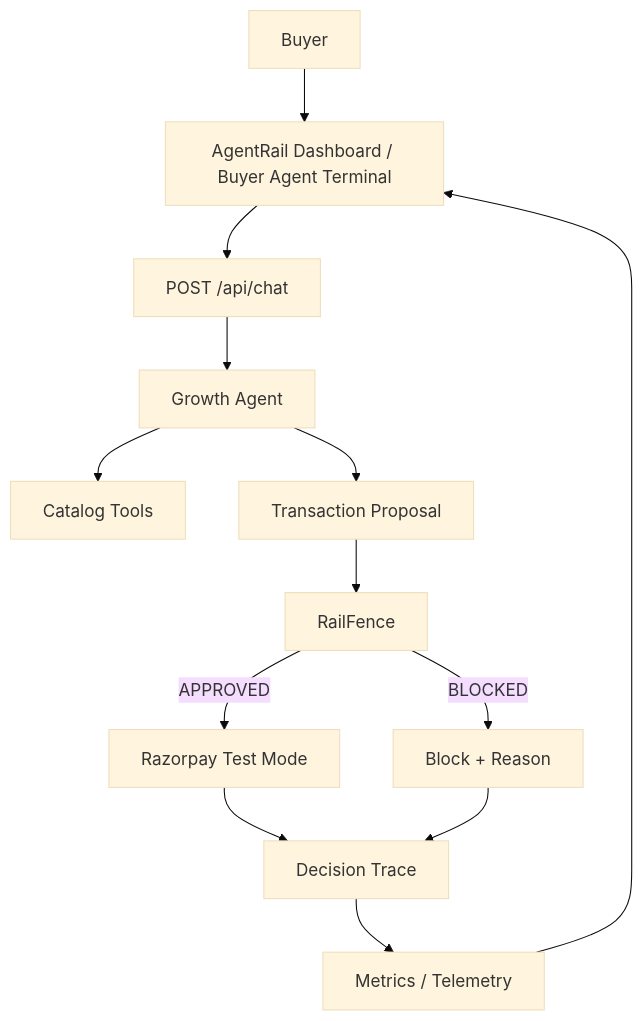
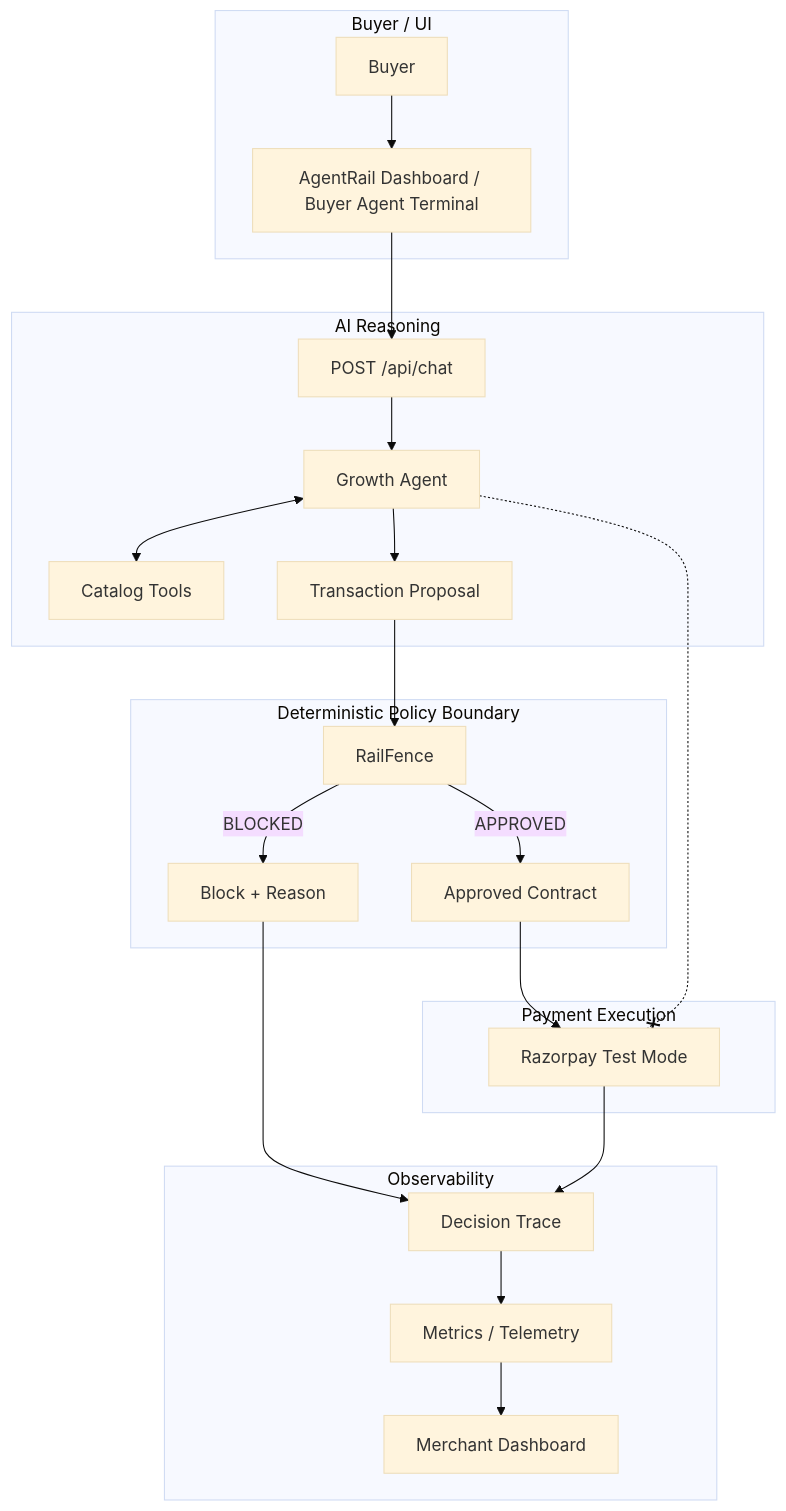
The diagram in README.md (sejal0324/Agentrail), drawn with Mermaid (base theme) before and after one commit. The commit also changed other lines of this file, not shown here.

Commit message:
docs: rewrite AgentRail README

````diff
--- a/README.md
+++ b/README.md
@@ -28,15 +22,34 @@
 ```mermaid
 flowchart TD
-    B[Buyer] --> UI[AgentRail Dashboard / Buyer Agent Terminal]
-    UI --> API[POST /api/chat]
-    API --> GA[Growth Agent]
-    GA --> CT[Catalog Tools]
-    GA --> TP[Transaction Proposal]
-    TP --> RF[RailFence]
-    RF -->|APPROVED| RP[Razorpay Test Mode]
-    RF -->|BLOCKED| BL[Block + Reason]
-    RP --> TR[Decision Trace]
-    BL --> TR
-    TR --> TM[Metrics / Telemetry]
-    TM --> UI
+    subgraph UI [Buyer / UI]
+        B[Buyer] --> Dash[AgentRail Dashboard / Buyer Agent Terminal]
+    end
+
+    Dash --> API[POST /api/chat]
+
+    subgraph AI [AI Reasoning]
+        API --> GA[Growth Agent]
+        GA <--> CT[Catalog Tools]
+        GA --> TP[Transaction Proposal]
+    end
+
+    subgraph Boundary [Deterministic Policy Boundary]
+        TP --> RF[RailFence]
+        RF -->|BLOCKED| Block[Block + Reason]
+        RF -->|APPROVED| Appr[Approved Contract]
+    end
+
+    subgraph Execution [Payment Execution]
+        Appr --> RP[Razorpay Test Mode]
+    end
+
+    subgraph Observability [Observability]
+        Block --> TR[Decision Trace]
+        RP --> TR
+        TR --> TM[Metrics / Telemetry]
+        TM --> MD[Merchant Dashboard]
+    end
+
+    %% Ensure it's visually obvious GA cannot bypass RF
+    GA -.-x RP
 ```
````
